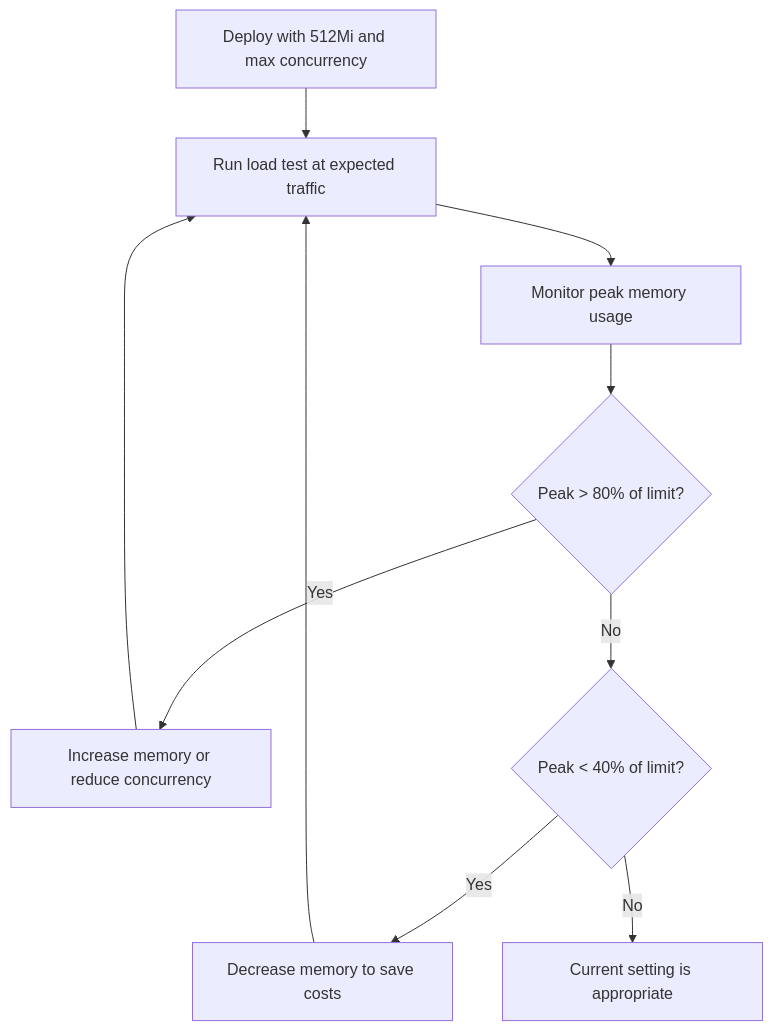
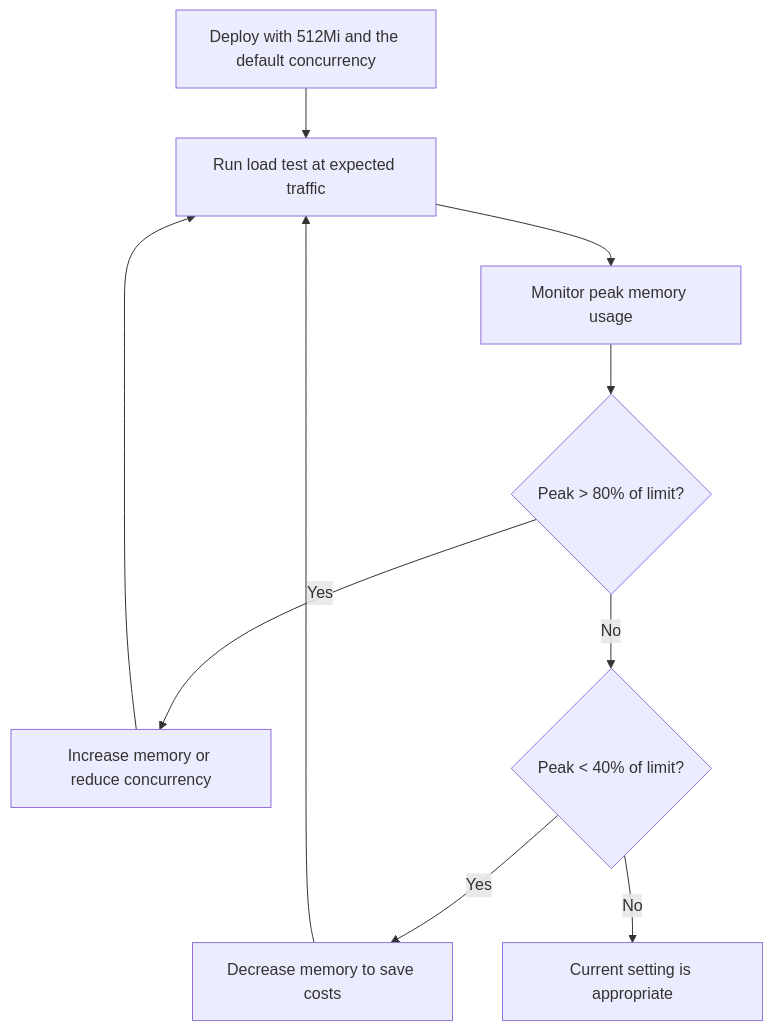
Before and after one commit to OneUptime/blog: the diagram in posts/2026-02-17-how-to-fix-cloud-run-memory-limit-exceeded-error-and-right-size-container-memory/README.md, drawn with Mermaid. The commit also changed other lines of this file and 2 other files, not shown here.

Commit message:
validate: 2026-02-17-how-to-fix-cloud-run-memory-limit-exceeded-error-and-right-size-container-memory

````diff
--- a/posts/2026-02-17-how-to-fix-cloud-run-memory-limit-exceeded-error-and-right-size-container-memory/README.md
+++ b/posts/2026-02-17-how-to-fix-cloud-run-memory-limit-exceeded-error-and-right-size-container-memory/README.md
@@ -198,12 +199,12 @@
 ```mermaid
 flowchart TD
-    A[Deploy with 512Mi and max concurrency] --> B[Run load test at expected traffic]
+    A[Deploy with 512Mi and the default concurrency] --> B[Run load test at expected traffic]
     B --> C[Monitor peak memory usage]
     C --> D{Peak > 80% of limit?}
     D -->|Yes| E[Increase memory or reduce concurrency]
     D -->|No| F{Peak < 40% of limit?}
     F -->|Yes| G[Decrease memory to save costs]
     F -->|No| H[Current setting is appropriate]
     E --> B
     G --> B
 ```
````
